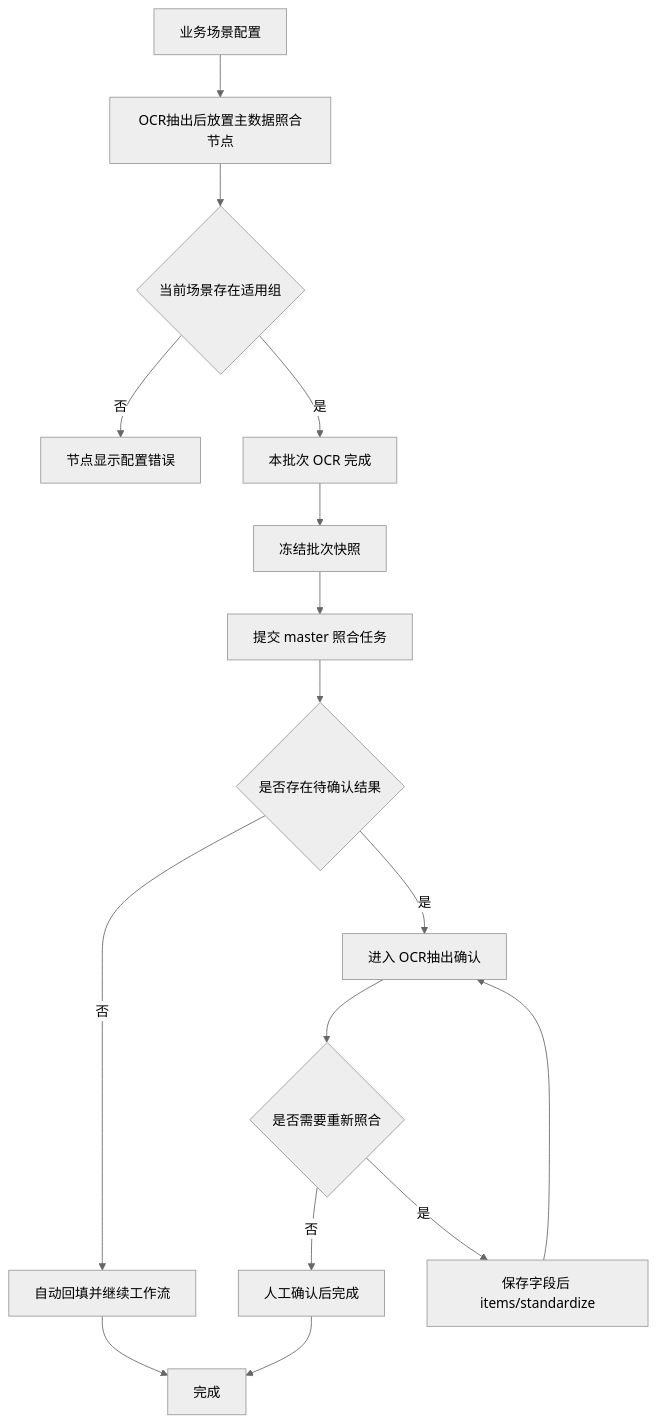
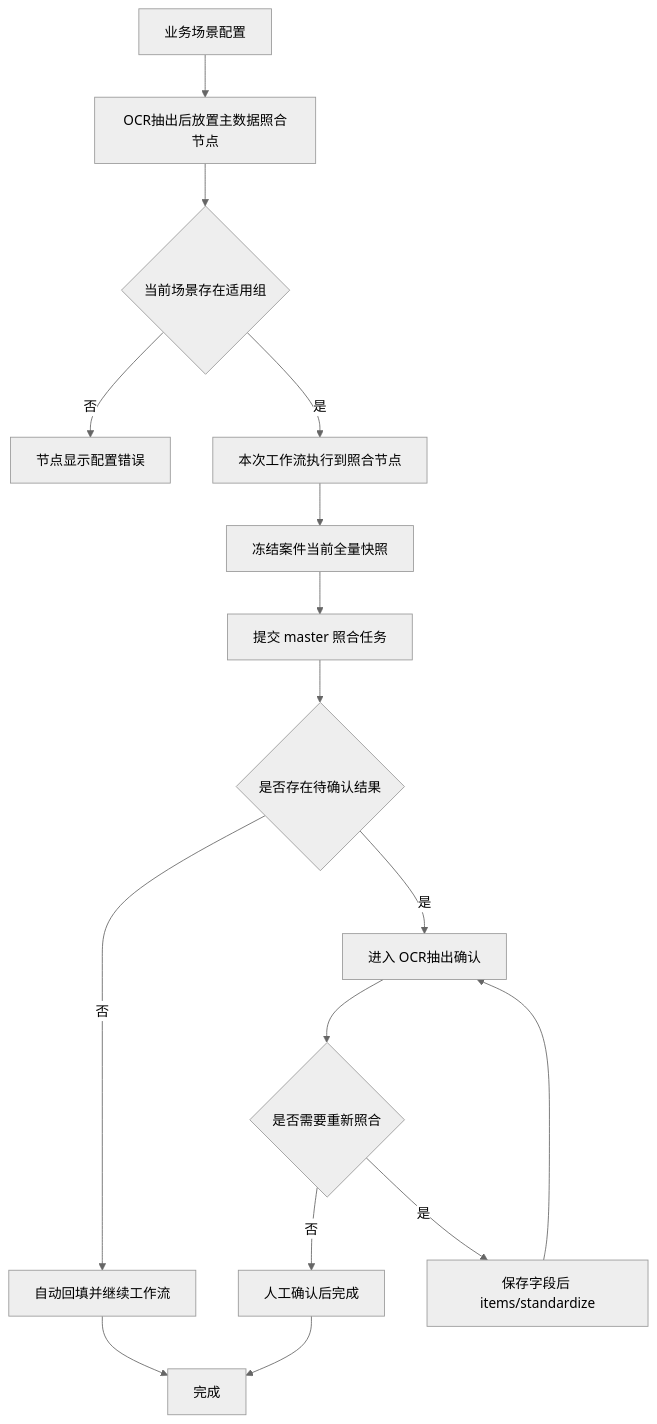
One commit to aruirage/IDP-Ph4-Master-Demo-PRD changed the fifth of 9 diagrams in PRD-四期-主数据照合.md. Above: the diagram before and after it, drawn with Mermaid (neutral theme). The commit also changed other lines of this file and 24 other files, not shown here.

````diff
--- a/PRD-四期-主数据照合.md
+++ b/PRD-四期-主数据照合.md
@@ -1190,18 +1068,18 @@
 ```mermaid
 flowchart TD
     A[业务场景配置] --> B[OCR抽出后放置主数据照合节点]
     B --> C{当前场景存在适用组}
     C -->|否| D[节点显示配置错误]
-    C -->|是| E[本批次 OCR 完成]
-    E --> F[冻结批次快照]
+    C -->|是| E[本次工作流执行到照合节点]
+    E --> F[冻结案件当前全量快照]
     F --> G[提交 master 照合任务]
     G --> H{是否存在待确认结果}
     H -->|否| I[自动回填并继续工作流]
     H -->|是| J[进入 OCR抽出确认]
     J --> K{是否需要重新照合}
     K -->|否| L[人工确认后完成]
     K -->|是| M[保存字段后 items/standardize]
     M --> J
     L --> Z[完成]
     I --> Z[完成]
 ```
````
